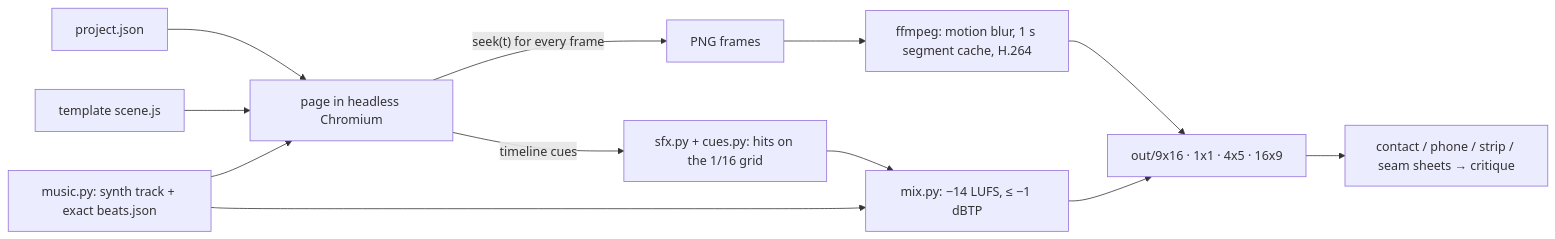
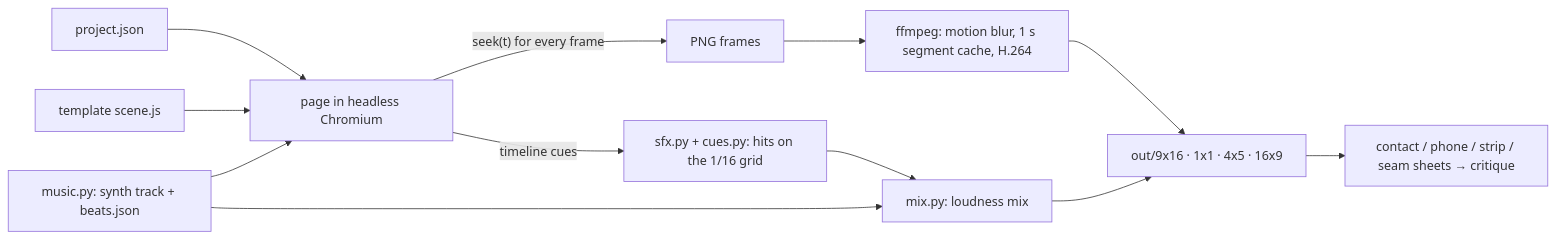
Before and after one commit to loehrning-ai/reelcode: the diagram in README.md, drawn with Mermaid. The commit also changed other lines of this file and 5 other files, not shown here.

Commit message:
docs: 1:1 hero beside project.json, sound button, VERIFY.md, measured draft time, track showreel mp4

````diff
--- a/README.md
+++ b/README.md
@@ -121,14 +159,14 @@
 ```mermaid
 flowchart LR
   P[project.json] --> R[page in headless Chromium]
   T[template scene.js] --> R
-  A[music.py: synth track + exact beats.json] --> R
+  A[music.py: synth track + beats.json] --> R
   R -- "seek(t) for every frame" --> F[PNG frames]
   F --> E[ffmpeg: motion blur, 1 s segment cache, H.264]
   R -- "timeline cues" --> S[sfx.py + cues.py: hits on the 1/16 grid]
-  A --> M[mix.py: −14 LUFS, ≤ −1 dBTP]
+  A --> M[mix.py: loudness mix]
   S --> M
   E --> O["out/9x16 · 1x1 · 4x5 · 16x9"]
   M --> O
   O --> C[contact / phone / strip / seam sheets → critique]
 ```
````
